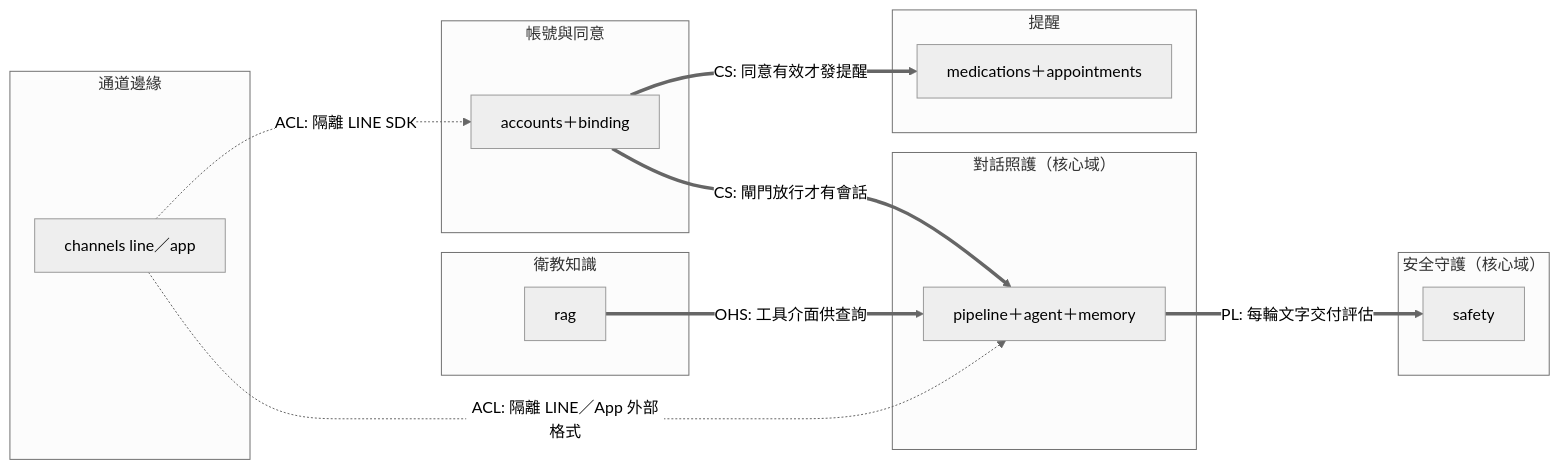
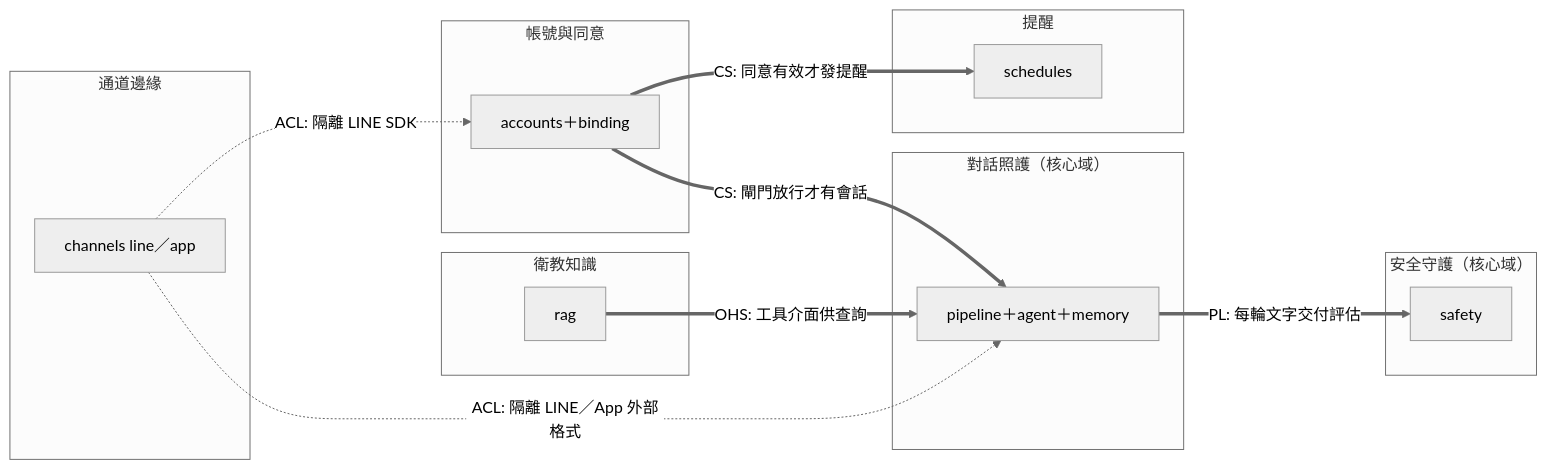
The sixth of 11 diagrams in docs/dev/05_架構與設計.md (leo53021313/kinsun), drawn with Mermaid (neutral theme) before and after one commit. The commit also changed other lines of this file and 8 other files, not shown here.

````diff
--- a/docs/dev/05_架構與設計.md
+++ b/docs/dev/05_架構與設計.md
@@ -297,28 +295,28 @@
 ```mermaid
 graph LR
     subgraph acc_ctx["帳號與同意"]
         ACC[accounts＋binding]
     end
     subgraph care_ctx["對話照護（核心域）"]
         CARE[pipeline＋agent＋memory]
     end
     subgraph safe_ctx["安全守護（核心域）"]
         SAFE[safety]
     end
     subgraph rem_ctx["提醒"]
-        REM[medications＋appointments]
+        REM[schedules]
     end
     subgraph rag_ctx["衛教知識"]
         RAG[rag]
     end
     subgraph ch_ctx["通道邊緣"]
         CH[channels line／app]
     end
 
     ACC ==>|"CS: 閘門放行才有會話"| CARE
     ACC ==>|"CS: 同意有效才發提醒"| REM
     CARE ==>|"PL: 每輪文字交付評估"| SAFE
     RAG ==>|"OHS: 工具介面供查詢"| CARE
     CH -.->|"ACL: 隔離 LINE／App 外部格式"| CARE
     CH -.->|"ACL: 隔離 LINE SDK"| ACC
 ```
````
